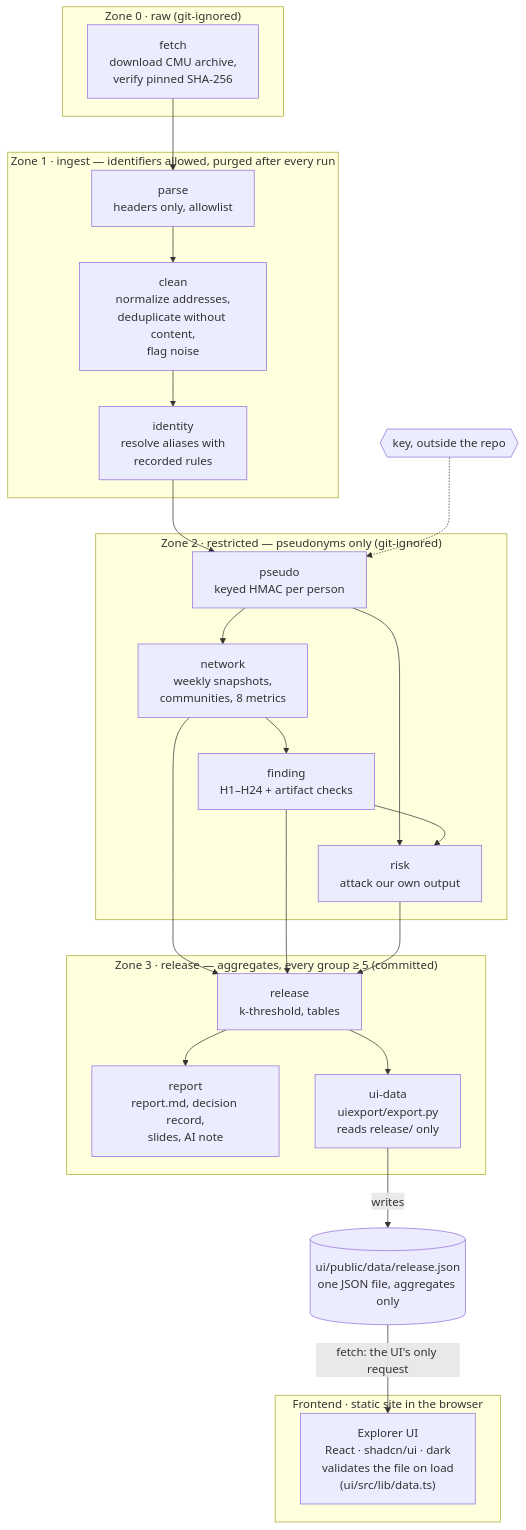
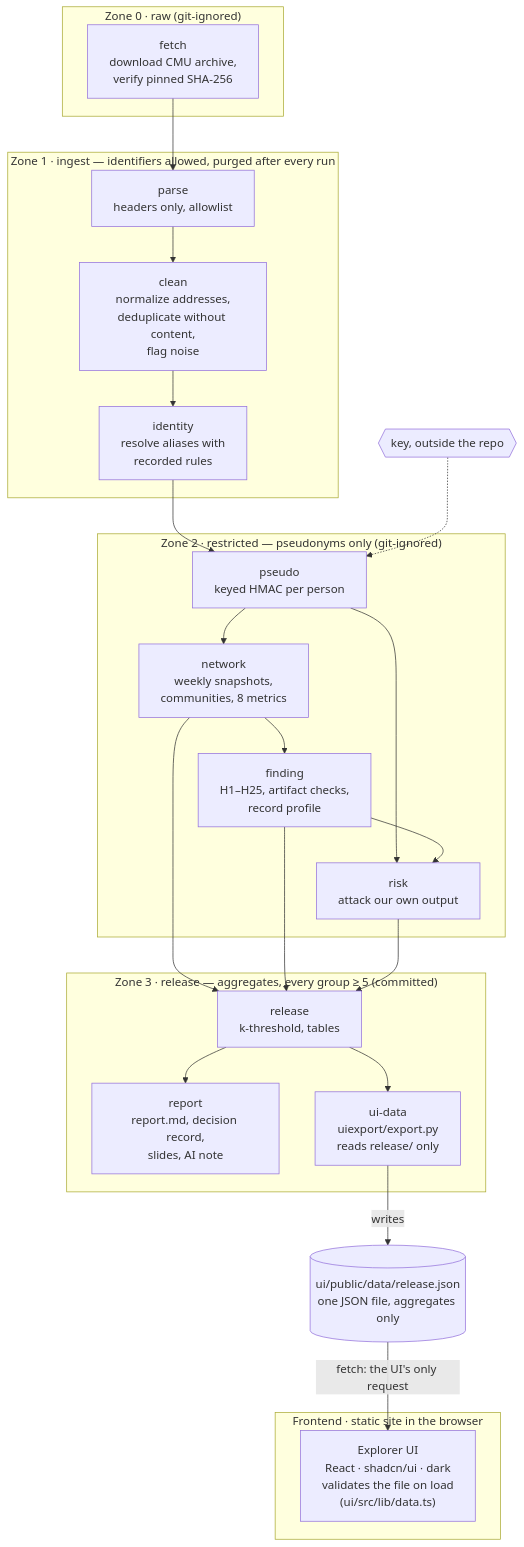
One commit to marcusvieira88/network-science changed the second of 8 diagrams in docs/technical-overview.md. Above: the diagram before and after it, drawn with Mermaid. The commit also changed other lines of this file and 14 other files, not shown here.

````diff
--- a/docs/technical-overview.md
+++ b/docs/technical-overview.md
@@ -150,40 +153,40 @@
 ```mermaid
 flowchart TB
     subgraph Z0["Zone 0 · raw (git-ignored)"]
         DL["fetch<br/>download CMU archive,<br/>verify pinned SHA-256"]
     end
     subgraph Z1["Zone 1 · ingest — identifiers allowed, purged after every run"]
         P["parse<br/>headers only, allowlist"]
         C["clean<br/>normalize addresses,<br/>deduplicate without content,<br/>flag noise"]
         I["identity<br/>resolve aliases with<br/>recorded rules"]
     end
     subgraph Z2["Zone 2 · restricted — pseudonyms only (git-ignored)"]
         PS["pseudo<br/>keyed HMAC per person"]
         N["network<br/>weekly snapshots,<br/>communities, 8 metrics"]
-        F["finding<br/>H1–H24 + artifact checks"]
+        F["finding<br/>H1–H25, artifact checks,<br/>record profile"]
         RK["risk<br/>attack our own output"]
     end
     subgraph Z3["Zone 3 · release — aggregates, every group ≥ 5 (committed)"]
         RL["release<br/>k-threshold, tables"]
         RP["report<br/>report.md, decision record,<br/>slides, AI note"]
         UX["ui-data<br/>uiexport/export.py<br/>reads release/ only"]
     end
     J[("ui/public/data/release.json<br/>one JSON file, aggregates only")]
     subgraph FE["Frontend · static site in the browser"]
         UI["Explorer UI<br/>React · shadcn/ui · dark<br/>validates the file on load<br/>(ui/src/lib/data.ts)"]
     end
     KEY{{"key, outside the repo"}}
 
     DL --> P --> C --> I --> PS
     KEY -.-> PS
     PS --> N --> F
     PS --> RK
     F --> RK
     N --> RL
     F --> RL
     RK --> RL
     RL --> RP
     RL --> UX
     UX -->|writes| J
     J -->|"fetch: the UI's only request"| UI
 ```
````
